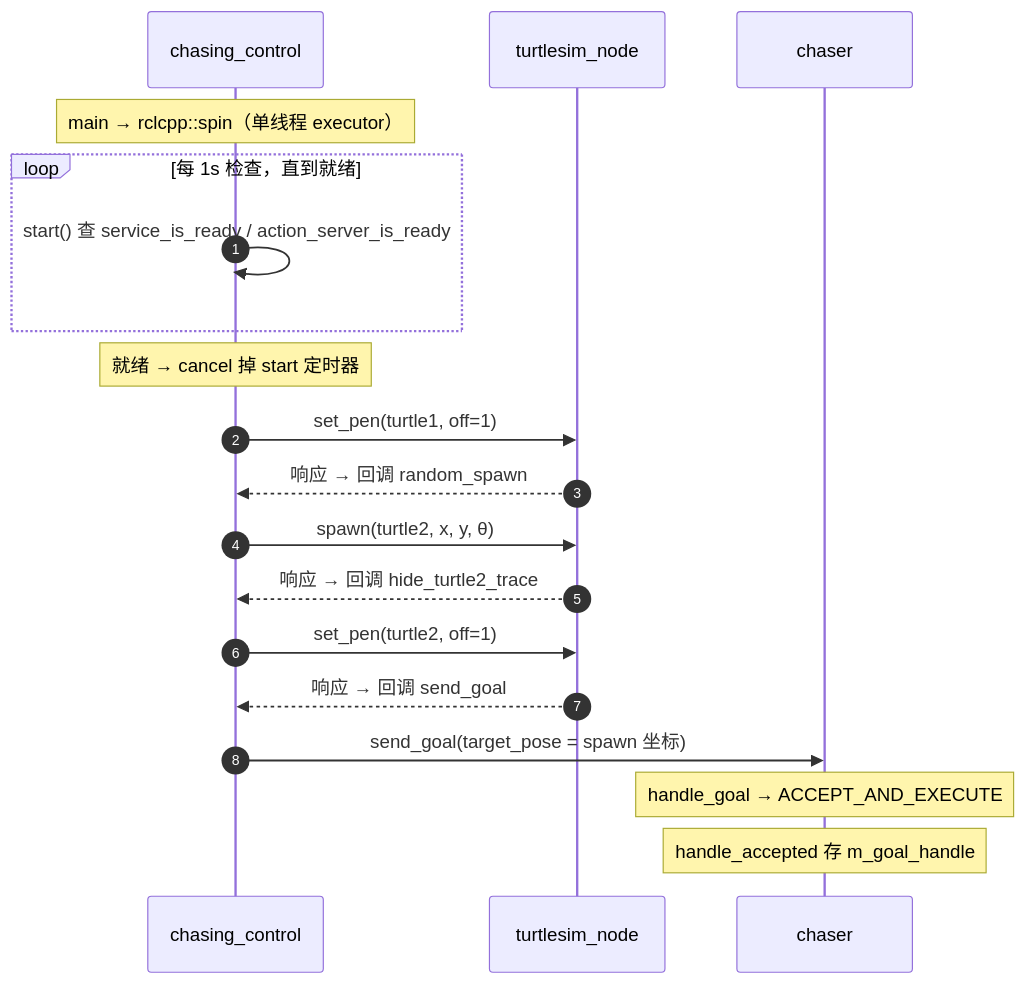
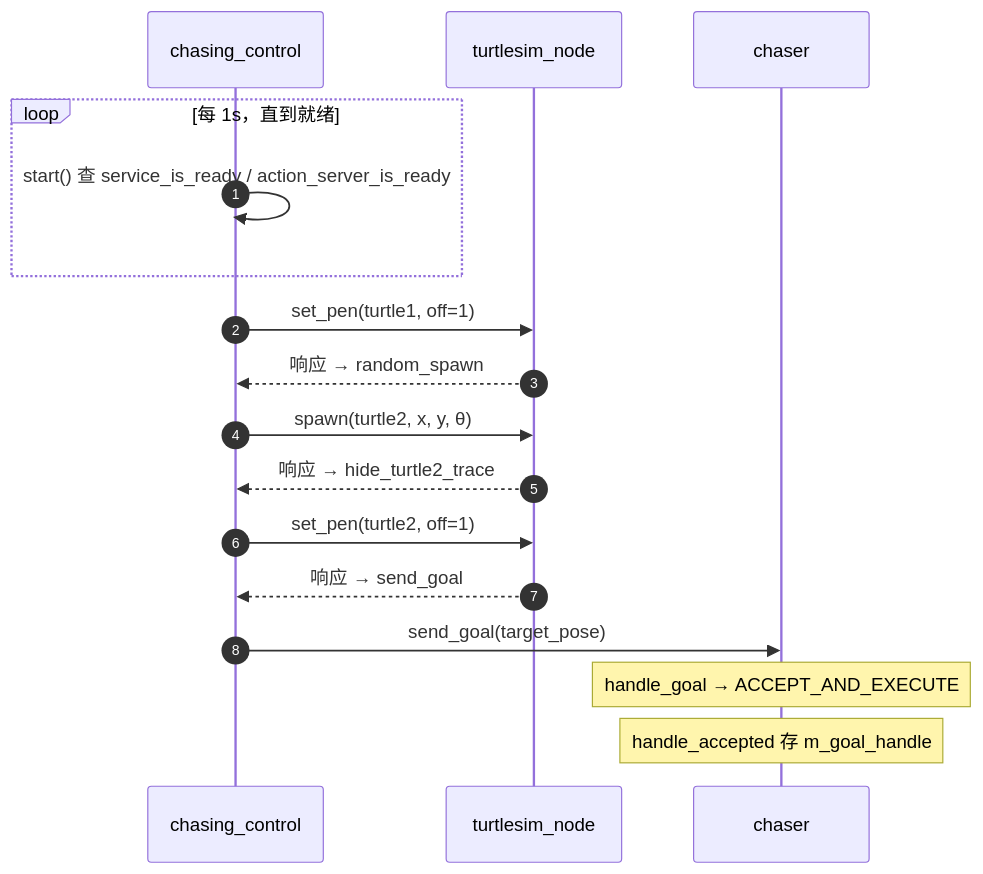
One commit to Korotomx/STD changed the third of 4 diagrams in ROS2/学习笔记/项目学习/turtle_chase_game_项目总结.md. Above: the diagram before and after it, drawn with Mermaid. The commit also changed other lines of this file and 173 other files, not shown here.

````diff
--- a/ROS2/学习笔记/项目学习/turtle_chase_game_项目总结.md
+++ b/ROS2/学习笔记/项目学习/turtle_chase_game_项目总结.md
@@ -234,25 +271,20 @@
 ```mermaid
 sequenceDiagram
     autonumber
     participant CC as chasing_control
     participant TS as turtlesim_node
     participant CH as chaser
 
-    Note over CC: main → rclcpp::spin（单线程 executor）
-
-    loop 每 1s 检查，直到就绪
+    loop 每 1s，直到就绪
         CC->>CC: start() 查 service_is_ready / action_server_is_ready
     end
-    Note over CC: 就绪 → cancel 掉 start 定时器
-
     CC->>TS: set_pen(turtle1, off=1)
-    TS-->>CC: 响应 → 回调 random_spawn
+    TS-->>CC: 响应 → random_spawn
     CC->>TS: spawn(turtle2, x, y, θ)
-    TS-->>CC: 响应 → 回调 hide_turtle2_trace
+    TS-->>CC: 响应 → hide_turtle2_trace
     CC->>TS: set_pen(turtle2, off=1)
-    TS-->>CC: 响应 → 回调 send_goal
-    CC->>CH: send_goal(target_pose = spawn 坐标)
-
+    TS-->>CC: 响应 → send_goal
+    CC->>CH: send_goal(target_pose)
     Note over CH: handle_goal → ACCEPT_AND_EXECUTE
     Note over CH: handle_accepted 存 m_goal_handle
 ```
````
